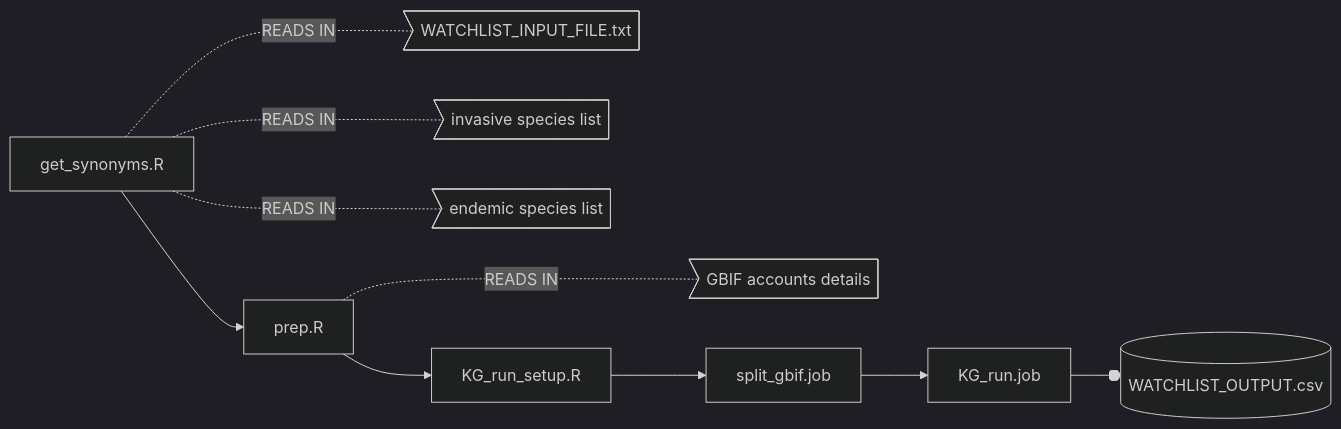
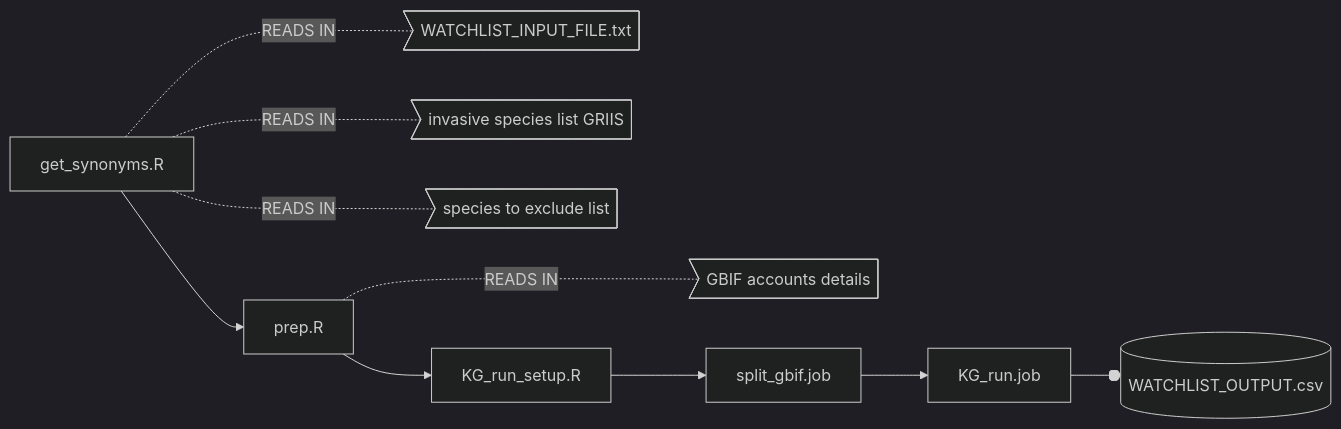
Before and after one commit to clarkevansteenderen/KG_watchlist_parallel: the diagram in README.md, drawn with Mermaid (dark theme).

````diff
--- a/README.md
+++ b/README.md
@@ -44,10 +44,10 @@
 ```mermaid
   graph LR;
       A[get_synonyms.R] --> B[prep.R]
-      A -..- |READS IN| C>WATCHLIST_INPUT_FILE.txt] & D>invasive species list] & E>endemic species list] 
+      A -..- |READS IN| C>WATCHLIST_INPUT_FILE.txt] & D>invasive species list GRIIS] & E>species to exclude list] 
       B -..- |READS IN| F>GBIF accounts details]
       B --> G[KG_run_setup.R]
       G --> H[split_gbif.job]
       H --> I[KG_run.job]
       I--o J[(WATCHLIST_OUTPUT.csv)]
 ```
````
